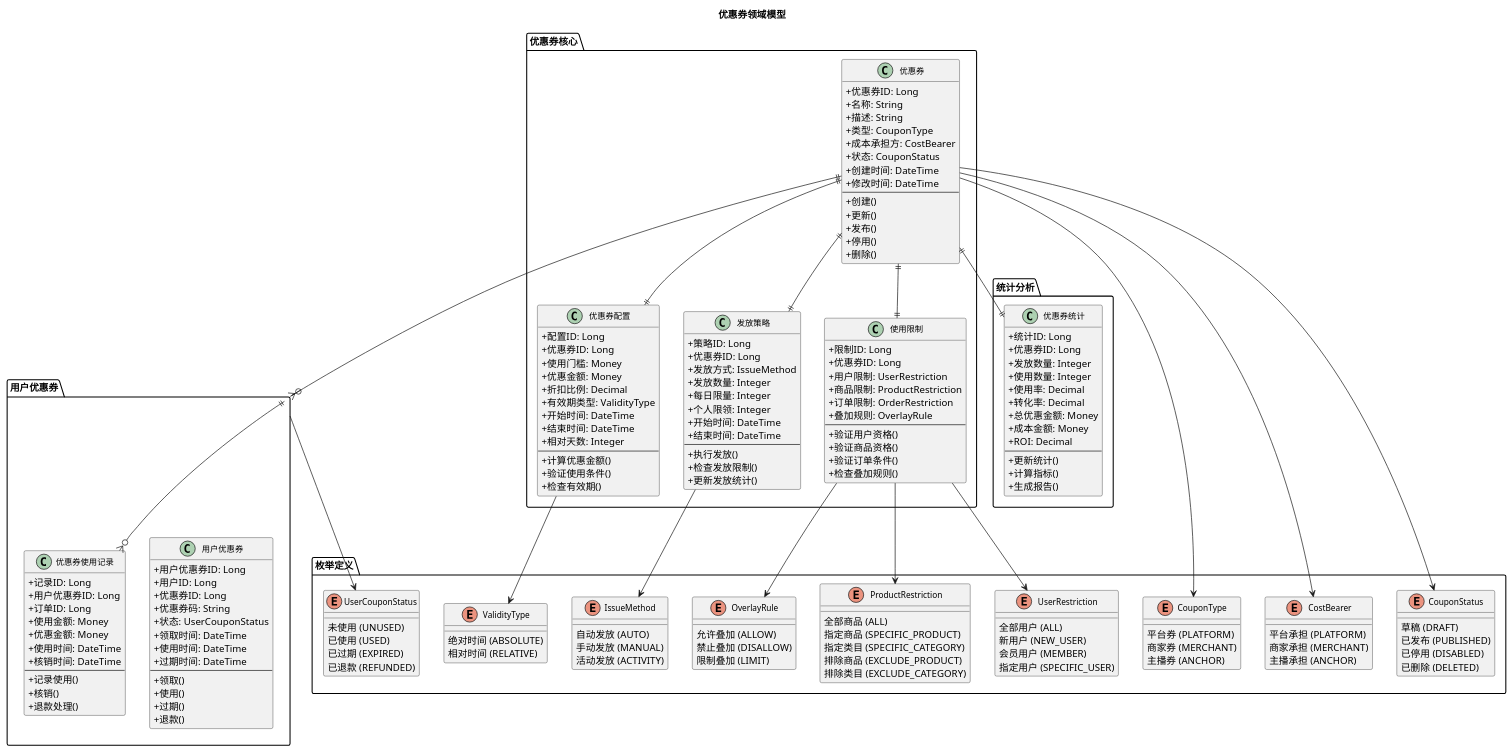
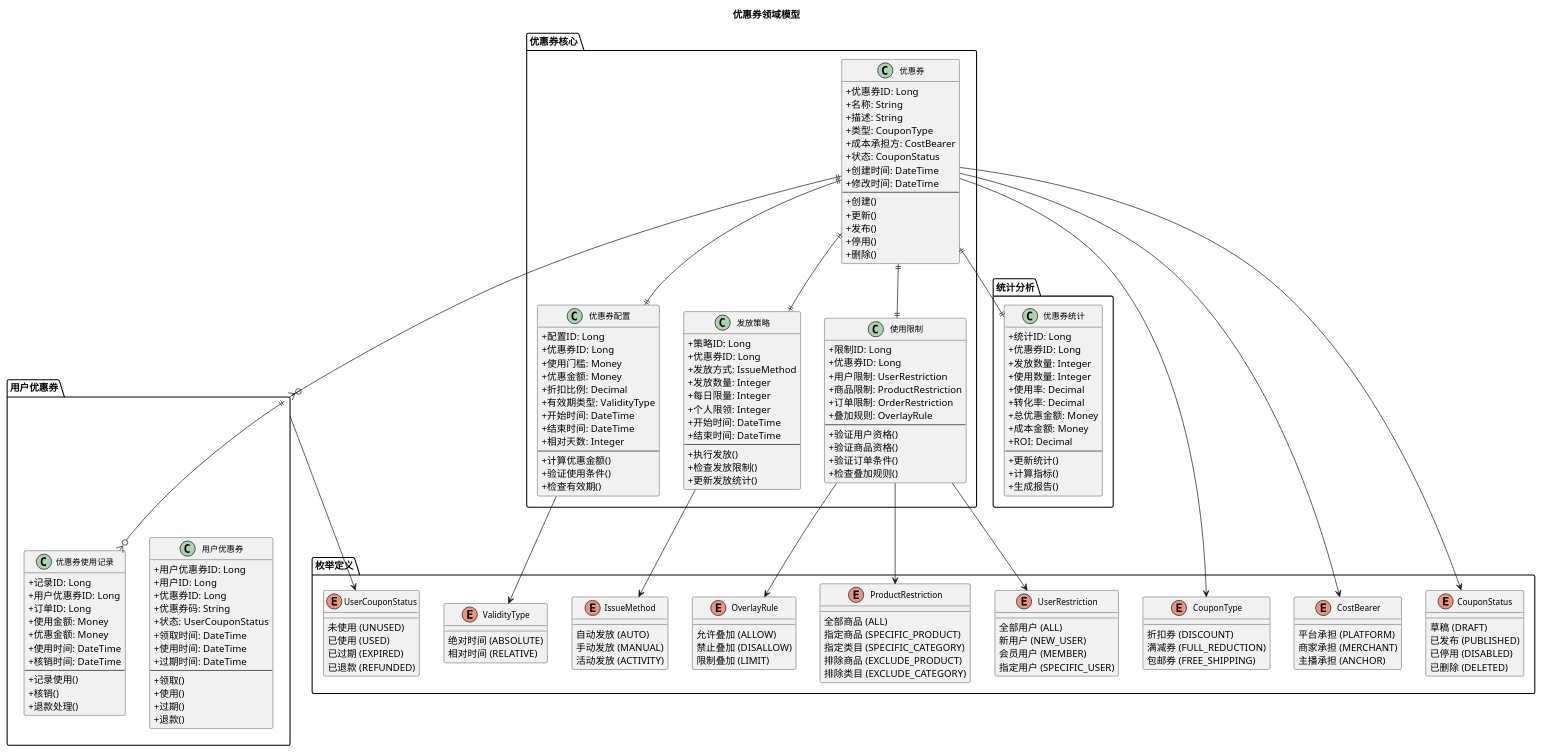
One commit to red-jasmine/framework changed the diagram in docs/coupon/model.puml. Above: the diagram before and after it, drawn with PlantUML. The commit also changed 3 other files, not shown here.

```diff
--- a/docs/coupon/model.puml
+++ b/docs/coupon/model.puml
@@ -123,9 +123,9 @@
 
 package "枚举定义" {
   enum CouponType {
-    平台券 (PLATFORM)
-    商家券 (MERCHANT)
-    主播券 (ANCHOR)
+    折扣券 (DISCOUNT)
+    满减券 (FULL_REDUCTION)
+    包邮券 (FREE_SHIPPING)
   }
 
   enum CostBearer {
```
